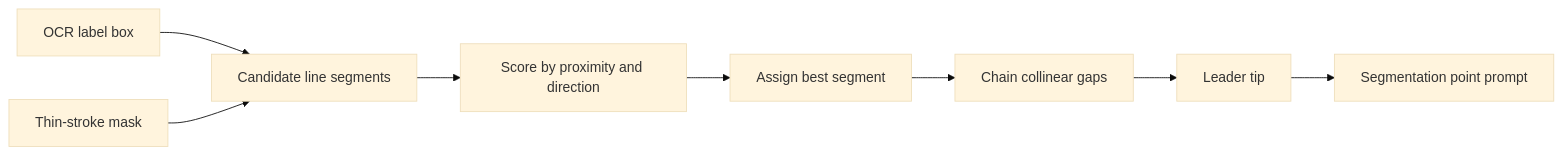
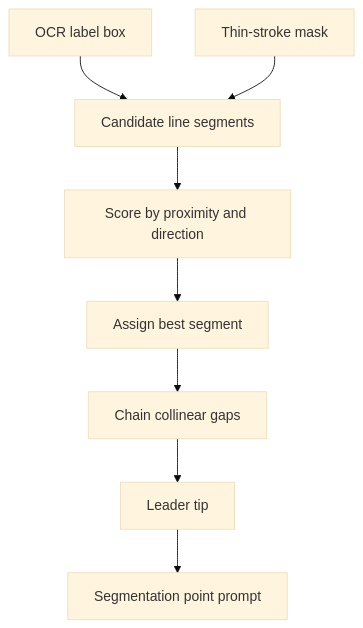
Before and after one commit to mrhunsaker/TactiDiagram: the second of 2 diagrams in docs/pipeline.md, drawn with Mermaid (base theme).

Commit message:
Stack documentation diagrams vertically for readability

````diff
--- a/docs/pipeline.md
+++ b/docs/pipeline.md
@@ -85,10 +85,10 @@
 ```mermaid
-flowchart LR
+flowchart TD
   A[OCR label box] --> C[Candidate line segments]
   B[Thin-stroke mask] --> C
   C --> D[Score by proximity and direction]
   D --> E[Assign best segment]
   E --> F[Chain collinear gaps]
   F --> G[Leader tip]
   G --> H[Segmentation point prompt]
 ```
````
